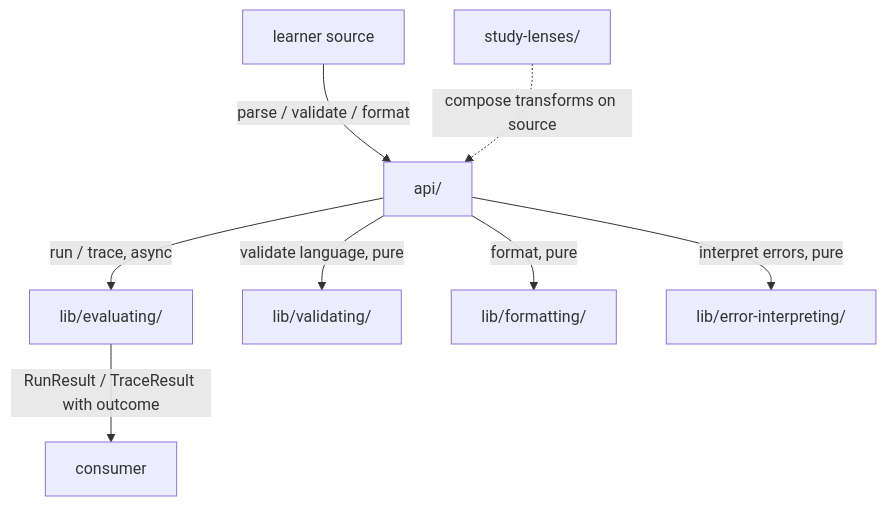
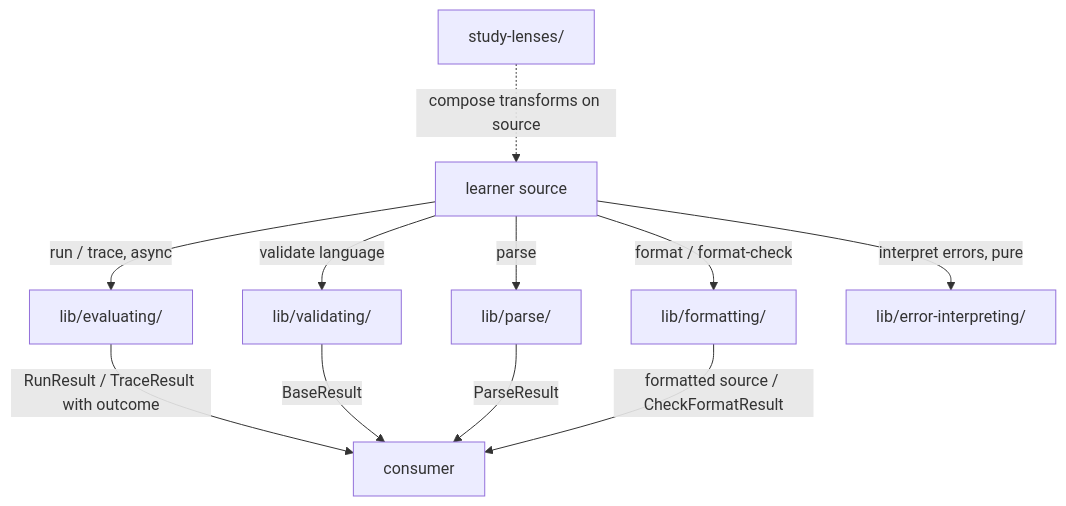
Before and after one commit to codeschoolinabox/curricula: the diagram in src/lib/welcome-to-programming/just-enough/javascript/DOCS.md, drawn with Mermaid. The commit also changed other lines of this file and 10 other files, not shown here.

````diff
--- a/src/lib/welcome-to-programming/just-enough/javascript/DOCS.md
+++ b/src/lib/welcome-to-programming/just-enough/javascript/DOCS.md
@@ -9,10 +10,13 @@
 ```mermaid
 flowchart TD
-    S[learner source] -->|parse / validate / format| A[api/]
-    A -->|run / trace, async| E[lib/evaluating/]
-    A -->|validate language, pure| V[lib/validating/]
-    A -->|format, pure| F[lib/formatting/]
-    A -->|interpret errors, pure| I[lib/error-interpreting/]
+    S[learner source] -->|parse| P[lib/parse/]
+    S -->|validate language| V[lib/validating/]
+    S -->|format / format-check| F[lib/formatting/]
+    S -->|run / trace, async| E[lib/evaluating/]
+    S -->|interpret errors, pure| I[lib/error-interpreting/]
     E -->|RunResult / TraceResult with outcome| C[consumer]
-    SL[study-lenses/] -.->|compose transforms on source| A
+    V -->|BaseResult| C
+    P -->|ParseResult| C
+    F -->|formatted source / CheckFormatResult| C
+    SL[study-lenses/] -.->|compose transforms on source| S
 ```
````
